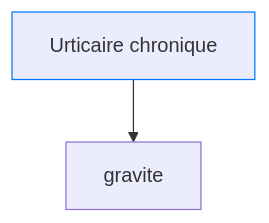
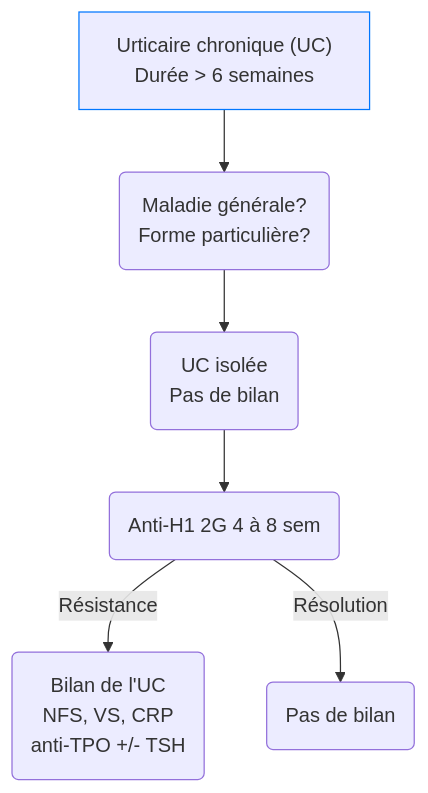
The second of 2 diagrams in content/recommandations/urticaire.md (djibe/recommandations-medicales), drawn with Mermaid before and after one commit. The commit also changed other lines of this file and 8 other files, not shown here.

```diff
--- a/content/recommandations/urticaire.md
+++ b/content/recommandations/urticaire.md
@@ -334,5 +334,8 @@
 {{< mermaid >}}
 graph TB
-  UC["Urticaire chronique"] --> gravite
+  UC["Urticaire chronique (UC)<br>Durée &gt; 6 semaines"] --> orientation("Maladie générale?<br>Forme particulière?")
   style UC stroke:#0077ff, stroke-width:1px
+    orientation --> isolee("UC isolée<br>Pas de bilan") --> ttt1(Anti-H1 2G 4 à 8 sem)
+        ttt1 -- Résistance --> bilan("Bilan de l'UC<br>NFS, VS, CRP<br>anti-TPO +/- TSH")
+        ttt1 -- Résolution --> fin(Pas de bilan)
 {{< /mermaid >}}
```
